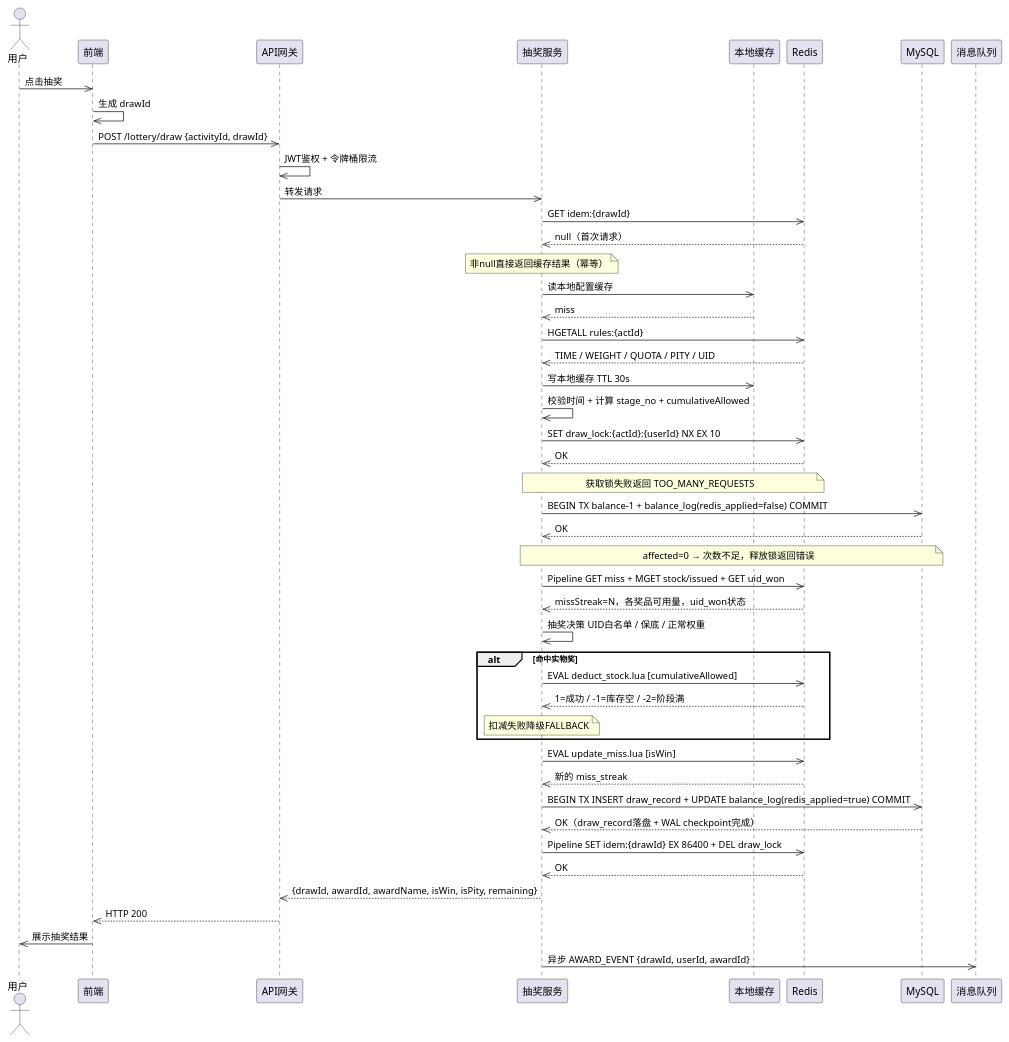
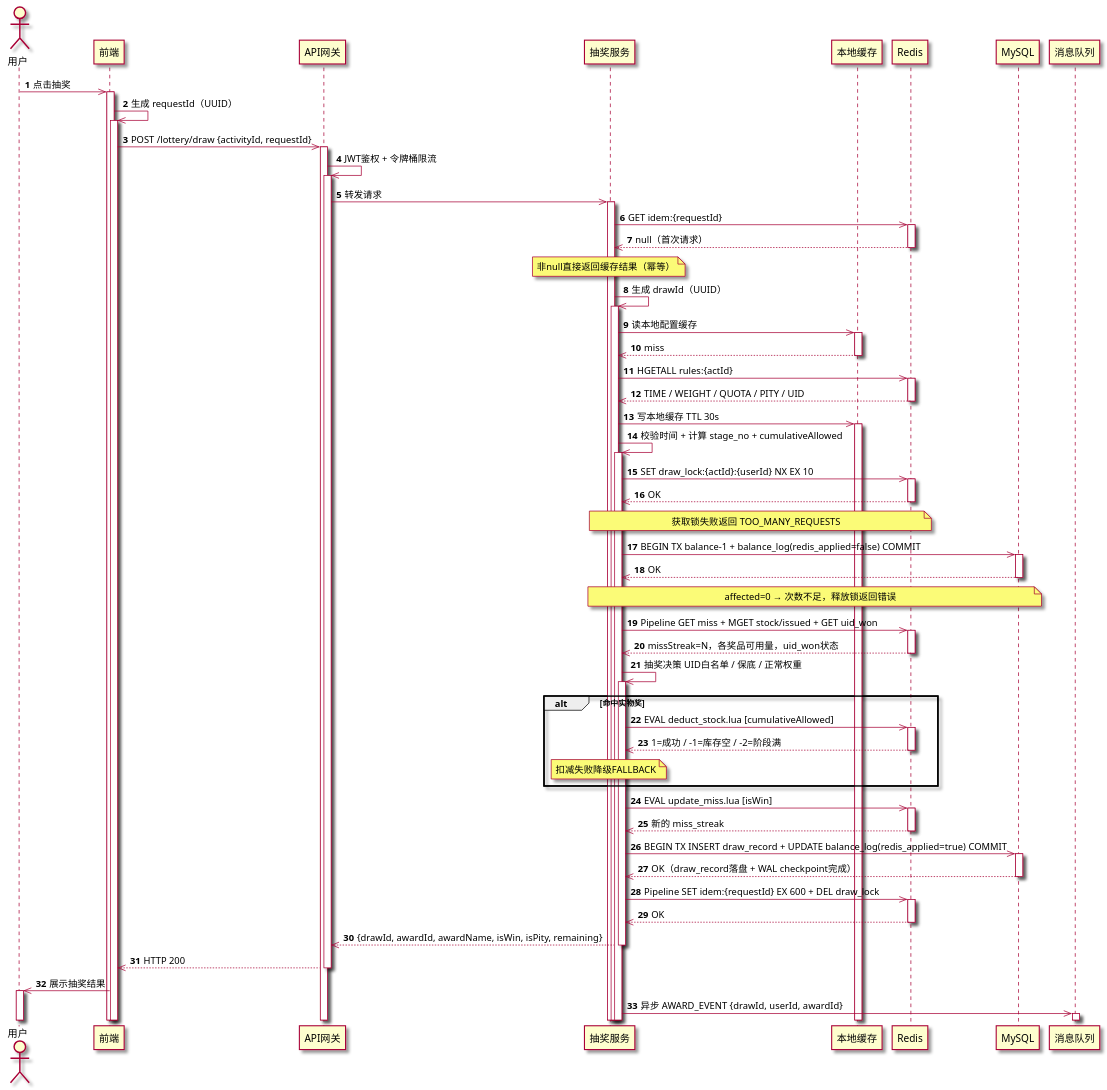
Before and after one commit to HanyuKing/learn-jdk: the diagram in src/main/java/uml/claude_code/lottery/draw.puml, drawn with PlantUML. The commit also changed 1 other file, not shown here.

Commit message:
table schema

```diff
--- a/src/main/java/uml/claude_code/lottery/draw.puml
+++ b/src/main/java/uml/claude_code/lottery/draw.puml
@@ -1,61 +1,65 @@
 @startuml
+skin rose
+autonumber
+autoactivate on
 actor U as "用户"
     participant FE as "前端"
     participant GW as "API网关"
     participant LS as "抽奖服务"
     participant LC as "本地缓存"
     participant RC as "Redis"
     participant DB as "MySQL"
     participant MQ as "消息队列"
 
     U->>FE: 点击抽奖
-    FE->>FE: 生成 drawId
-    FE->>GW: POST /lottery/draw {activityId, drawId}
+    FE->>FE: 生成 requestId（UUID）
+    FE->>GW: POST /lottery/draw {activityId, requestId}
     GW->>GW: JWT鉴权 + 令牌桶限流
     GW->>LS: 转发请求
 
-    LS->>RC: GET idem:{drawId}
+    LS->>RC: GET idem:{requestId}
     RC-->>LS: null（首次请求）
     Note over LS: 非null直接返回缓存结果（幂等）
+    LS->>LS: 生成 drawId（UUID）
 
     LS->>LC: 读本地配置缓存
     LC-->>LS: miss
     LS->>RC: HGETALL rules:{actId}
     RC-->>LS: TIME / WEIGHT / QUOTA / PITY / UID
     LS->>LC: 写本地缓存 TTL 30s
     LS->>LS: 校验时间 + 计算 stage_no + cumulativeAllowed
 
     LS->>RC: SET draw_lock:{actId}:{userId} NX EX 10
     RC-->>LS: OK
     Note over LS,RC: 获取锁失败返回 TOO_MANY_REQUESTS
 
     LS->>DB: BEGIN TX balance-1 + balance_log(redis_applied=false) COMMIT
     DB-->>LS: OK
     Note over LS,DB: affected=0 → 次数不足，释放锁返回错误
 
     LS->>RC: Pipeline GET miss + MGET stock/issued + GET uid_won
     RC-->>LS: missStreak=N，各奖品可用量，uid_won状态
 
     LS->>LS: 抽奖决策 UID白名单 / 保底 / 正常权重
 
     alt 命中实物奖
         LS->>RC: EVAL deduct_stock.lua [cumulativeAllowed]
         RC-->>LS: 1=成功 / -1=库存空 / -2=阶段满
         Note over LS: 扣减失败降级FALLBACK
     end
 
     LS->>RC: EVAL update_miss.lua [isWin]
     RC-->>LS: 新的 miss_streak
 
     LS->>DB: BEGIN TX INSERT draw_record + UPDATE balance_log(redis_applied=true) COMMIT
     DB-->>LS: OK（draw_record落盘 + WAL checkpoint完成）
 
-    LS->>RC: Pipeline SET idem:{drawId} EX 86400 + DEL draw_lock
+    LS->>RC: Pipeline SET idem:{requestId} EX 600 + DEL draw_lock
     RC-->>LS: OK
 
     LS-->>GW: {drawId, awardId, awardName, isWin, isPity, remaining}
     GW-->>FE: HTTP 200
     FE->>U: 展示抽奖结果
 
     LS->>MQ: 异步 AWARD_EVENT {drawId, userId, awardId}
 @enduml
```
